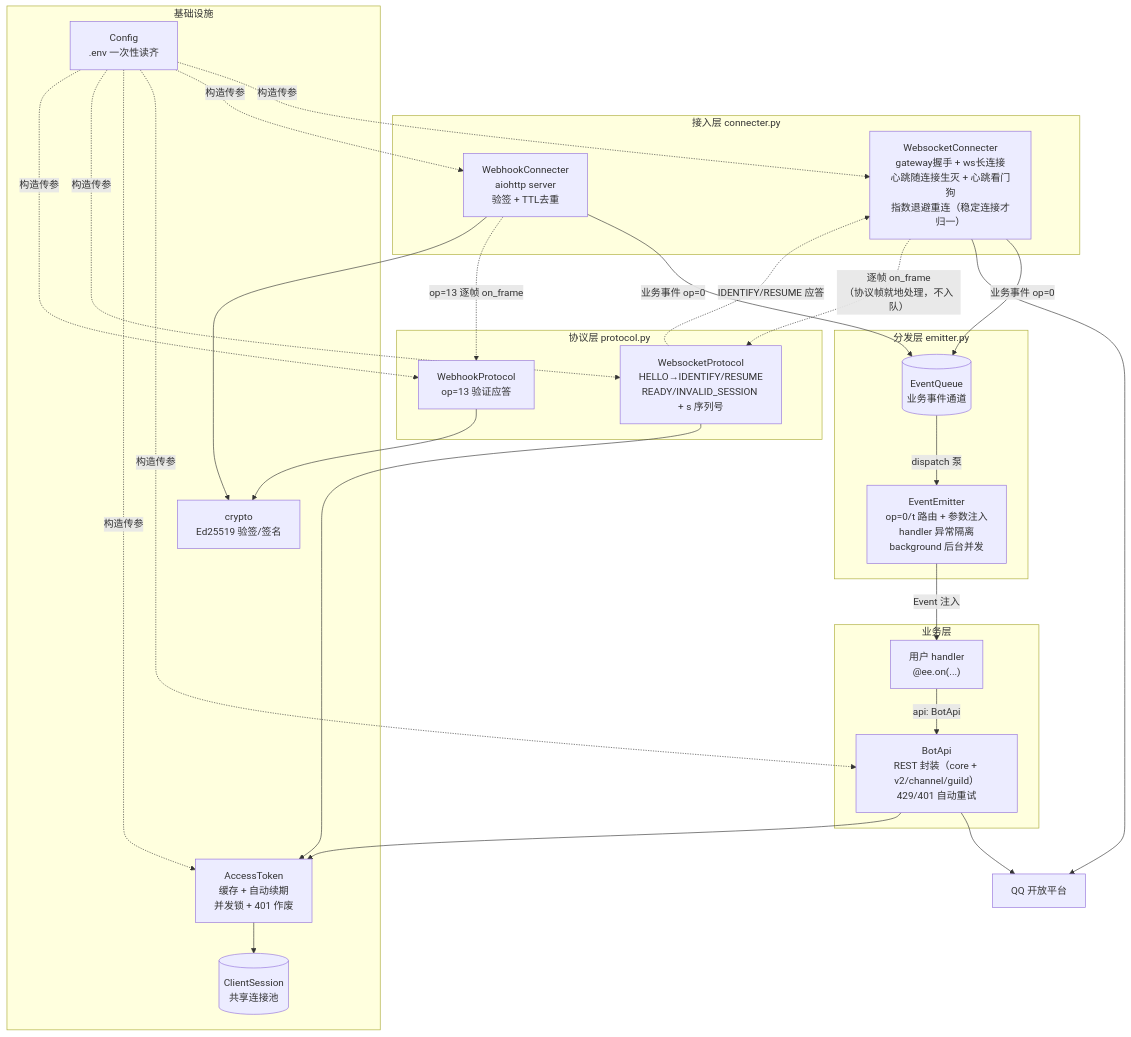
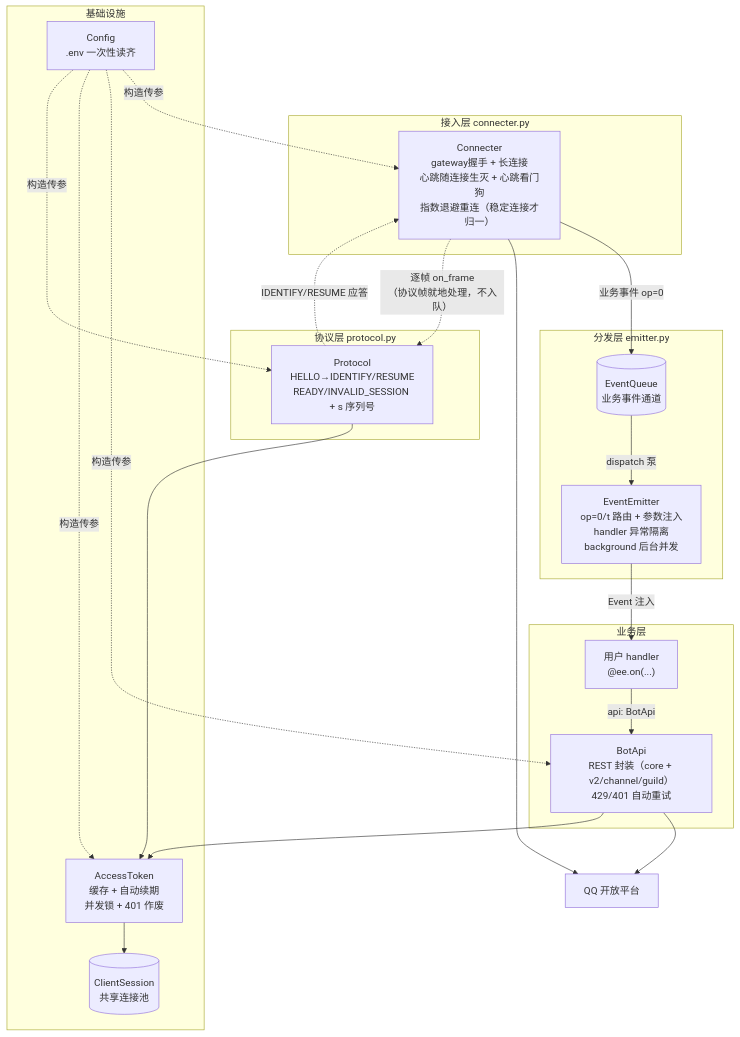
One commit to snowy-yang/qqbotsdk changed the first of 2 diagrams in docs/ARCHITECTURE.md. Above: the diagram before and after it, drawn with Mermaid. The commit also changed other lines of this file and 36 other files, not shown here.

````diff
--- a/docs/ARCHITECTURE.md
+++ b/docs/ARCHITECTURE.md
@@ -7,48 +7,41 @@
 ```mermaid
 flowchart TB
     subgraph 接入层["接入层 connecter.py"]
-        WS["WebsocketConnecter\ngateway握手 + ws长连接\n心跳随连接生灭 + 心跳看门狗\n指数退避重连（稳定连接才归一）"]
-        WH["WebhookConnecter\naiohttp server\n验签 + TTL去重"]
+        WS["Connecter\ngateway握手 + 长连接\n心跳随连接生灭 + 心跳看门狗\n指数退避重连（稳定连接才归一）"]
     end
 
     subgraph 协议层["协议层 protocol.py"]
-        WSP["WebsocketProtocol\nHELLO→IDENTIFY/RESUME\nREADY/INVALID_SESSION + s 序列号"]
-        WHP["WebhookProtocol\nop=13 验证应答"]
+        WSP["Protocol\nHELLO→IDENTIFY/RESUME\nREADY/INVALID_SESSION + s 序列号"]
     end
 
     subgraph 分发层["分发层 emitter.py"]
         Q[("EventQueue\n业务事件通道")]
         EE["EventEmitter\nop=0/t 路由 + 参数注入\nhandler 异常隔离\nbackground 后台并发"]
     end
 
     subgraph 业务层["业务层"]
         API["BotApi\nREST 封装（core + v2/channel/guild）\n429/401 自动重试"]
         USER["用户 handler\n@ee.on(...)"]
     end
 
     subgraph 基础设施["基础设施"]
         CFG["Config\n.env 一次性读齐"]
         HTTP[("ClientSession\n共享连接池")]
         TK["AccessToken\n缓存 + 自动续期\n并发锁 + 401 作废"]
-        CRY["crypto\nEd25519 验签/签名"]
     end
 
     QQ["QQ 开放平台"]
 
     WS -- "业务事件 op=0" --> Q
-    WH -- "业务事件 op=0" --> Q
     Q -- "dispatch 泵" --> EE
     EE -- "Event 注入" --> USER
     USER -- "api: BotApi" --> API
     API --> QQ
     WS --> QQ
     TK --> HTTP
     API --> TK
     WSP --> TK
     WS -. "逐帧 on_frame\n（协议帧就地处理，不入队）" .-> WSP
-    WH -. "op=13 逐帧 on_frame" .-> WHP
     WSP -. "IDENTIFY/RESUME 应答" .-> WS
-    WHP --> CRY
-    WH --> CRY
-    CFG -. "构造传参" .-> WS & WH & API & TK & WSP & WHP
+    CFG -. "构造传参" .-> WS & API & TK & WSP
 ```
````
